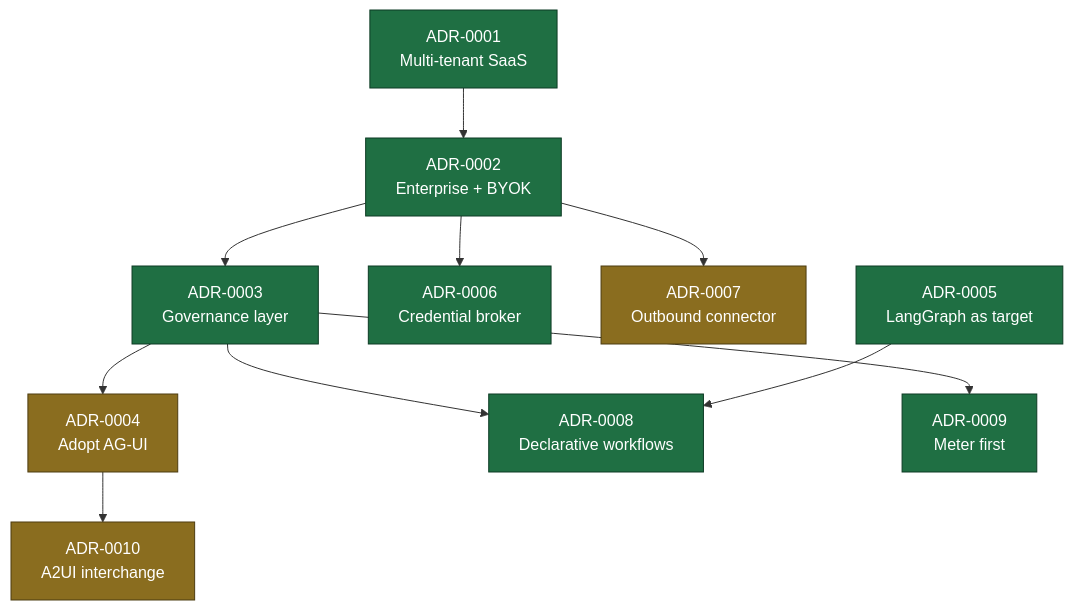
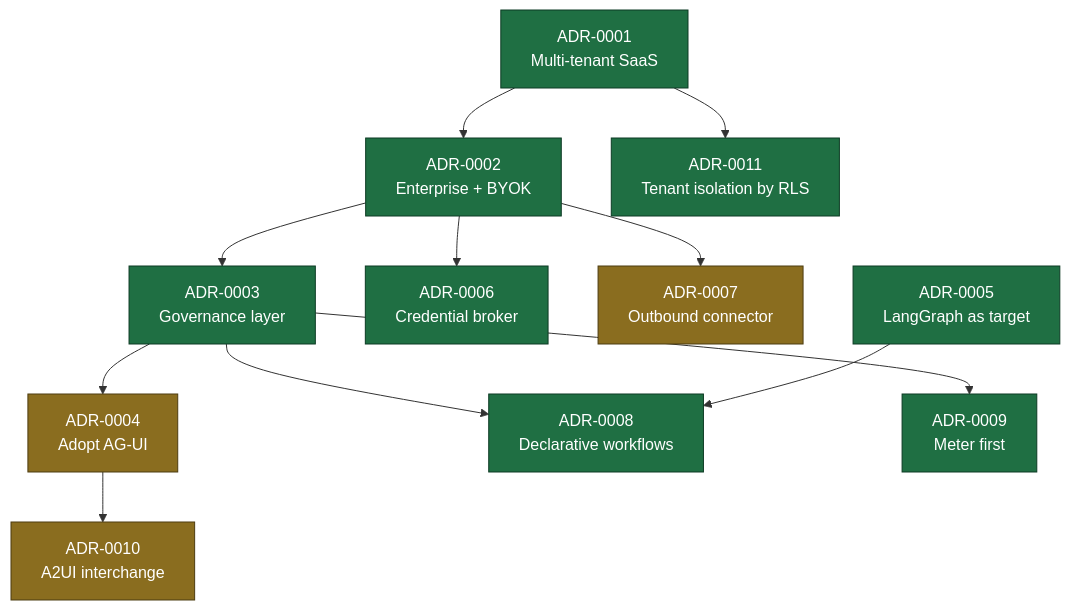
Before and after one commit to ayesigapaul/orchestra: the diagram in docs/adr/README.md, drawn with Mermaid. The commit also changed other lines of this file and 6 other files, not shown here.

````diff
--- a/docs/adr/README.md
+++ b/docs/adr/README.md
@@ -43,17 +44,18 @@
 ```mermaid
 flowchart TD
   A1["ADR-0001<br/>Multi-tenant SaaS"] --> A2["ADR-0002<br/>Enterprise + BYOK"]
   A2 --> A3["ADR-0003<br/>Governance layer"]
   A2 --> A6["ADR-0006<br/>Credential broker"]
   A2 --> A7["ADR-0007<br/>Outbound connector"]
   A3 --> A4["ADR-0004<br/>Adopt AG-UI"]
   A3 --> A8["ADR-0008<br/>Declarative workflows"]
   A3 --> A9["ADR-0009<br/>Meter first"]
   A5["ADR-0005<br/>LangGraph as target"] --> A8
   A4 --> A10["ADR-0010<br/>A2UI interchange"]
+  A1 --> A11["ADR-0011<br/>Tenant isolation by RLS"]
 
   classDef accepted fill:#1f6f43,stroke:#0d3b24,color:#fff;
   classDef proposed fill:#8a6d1f,stroke:#4d3c10,color:#fff;
-  class A1,A2,A3,A5,A6,A8,A9 accepted;
+  class A1,A2,A3,A5,A6,A8,A9,A11 accepted;
   class A4,A7,A10 proposed;
 ```
````
